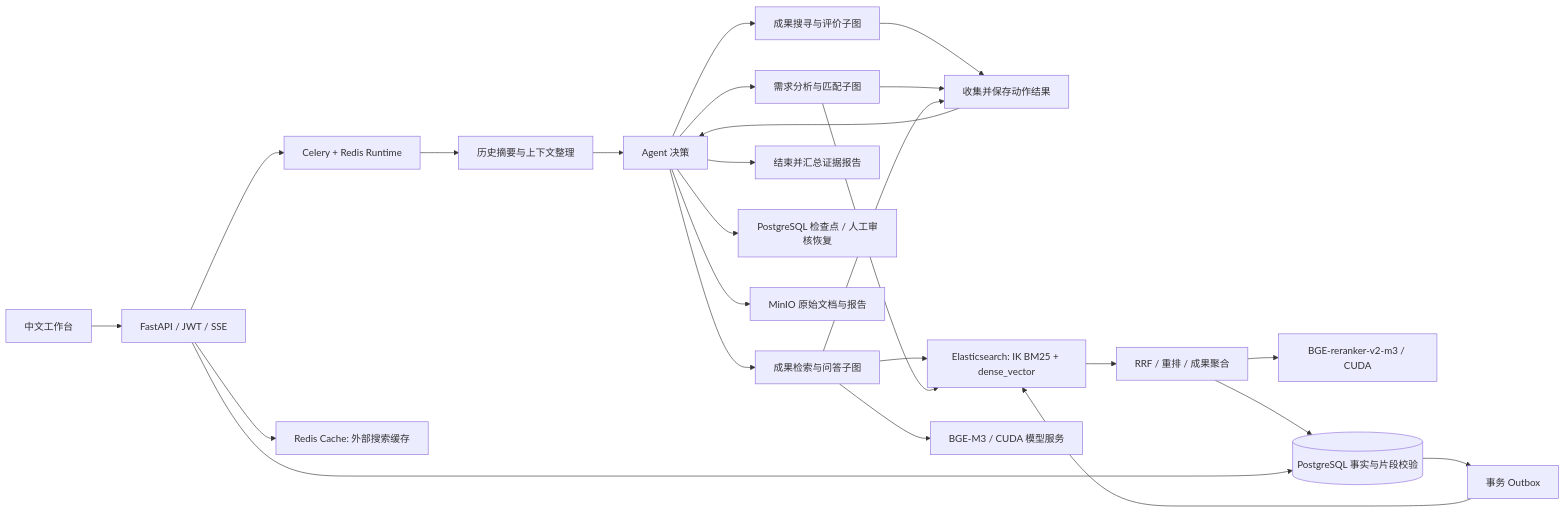
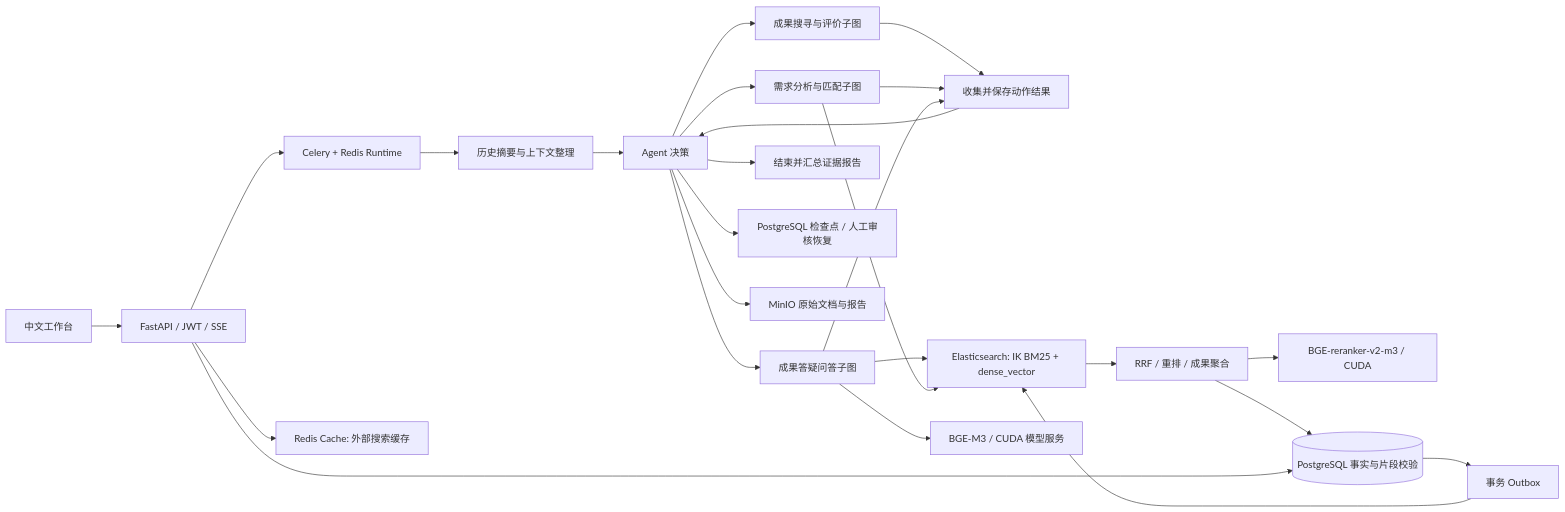
Before and after one commit to WEIJIE0213/HydroBridge-Agent-Platform: the diagram in README.md, drawn with Mermaid. The commit also changed other lines of this file and 22 other files, not shown here.

````diff
--- a/README.md
+++ b/README.md
@@ -36,27 +36,27 @@
 ```mermaid
 flowchart LR
     UI[中文工作台] --> API[FastAPI / JWT / SSE]
     API --> Q[Celery + Redis Runtime]
     Q --> H[历史摘要与上下文整理]
     H --> A[Agent 决策]
     A --> X[成果搜寻与评价子图]
     A --> M[需求分析与匹配子图]
-    A --> S[成果检索与问答子图]
+    A --> S[成果答疑问答子图]
     X --> K[收集并保存动作结果]
     M --> K
     S --> K
     K --> A
     A --> F[结束并汇总证据报告]
     S --> ES[Elasticsearch: IK BM25 + dense_vector]
     M --> ES
     ES --> R[RRF / 重排 / 成果聚合]
     S --> B[BGE-M3 / CUDA 模型服务]
     R --> BR[BGE-reranker-v2-m3 / CUDA]
     R --> PG[(PostgreSQL 事实与片段校验)]
     API --> PG
     PG --> O[事务 Outbox]
     O --> ES
     A --> CP[PostgreSQL 检查点 / 人工审核恢复]
     A --> OBJ[MinIO 原始文档与报告]
     API --> CACHE[Redis Cache: 外部搜索缓存]
 ```
````
